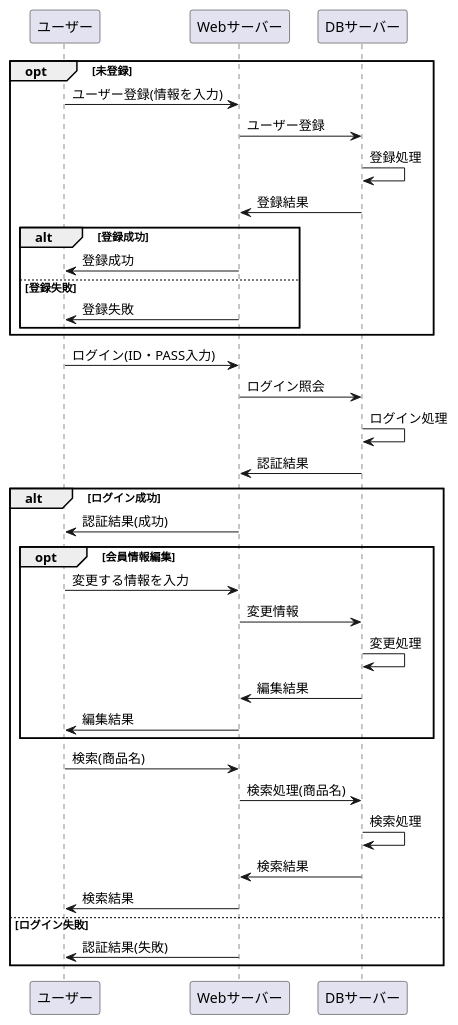
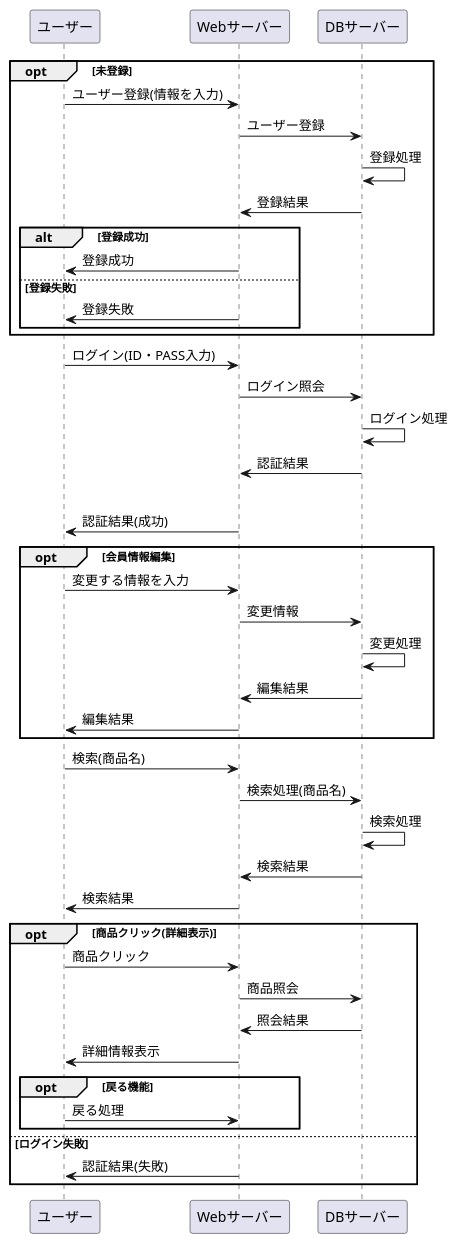
One commit to Aso2001227/Aso-Sports-1 changed the diagram in 設計書/02_業務フロー/business-flow-check.md. Above: the diagram before and after it, drawn with PlantUML.

````diff
--- a/設計書/02_業務フロー/business-flow-check.md
+++ b/設計書/02_業務フロー/business-flow-check.md
@@ -1,47 +1,56 @@
 ```uml
 @startuml
 opt 未登録
 ユーザー -> Webサーバー : ユーザー登録(情報を入力)
 Webサーバー -> DBサーバー : ユーザー登録
 DBサーバー -> DBサーバー : 登録処理
 DBサーバー -> Webサーバー : 登録結果
 
 
 
 
 
 
 
 alt 登録成功
 Webサーバー -> ユーザー : 登録成功
 else 登録失敗
 Webサーバー -> ユーザー : 登録失敗
 end
 end
 
 ユーザー -> Webサーバー : ログイン(ID・PASS入力)
 Webサーバー -> DBサーバー : ログイン照会
 DBサーバー -> DBサーバー : ログイン処理
 DBサーバー -> Webサーバー : 認証結果
 
 alt ログイン成功
 Webサーバー -> ユーザー : 認証結果(成功)
 opt 会員情報編集
 ユーザー -> Webサーバー : 変更する情報を入力
 Webサーバー -> DBサーバー :変更情報
 DBサーバー -> DBサーバー : 変更処理
 DBサーバー -> Webサーバー : 編集結果
 Webサーバー -> ユーザー : 編集結果
 end
 
 ユーザー -> Webサーバー : 検索(商品名)
 Webサーバー -> DBサーバー : 検索処理(商品名)
 DBサーバー -> DBサーバー : 検索処理
 DBサーバー -> Webサーバー : 検索結果
 Webサーバー -> ユーザー : 検索結果
 
+opt 商品クリック(詳細表示)
+ユーザー -> Webサーバー : 商品クリック
+Webサーバー -> DBサーバー : 商品照会
+DBサーバー -> Webサーバー : 照会結果
+Webサーバー -> ユーザー : 詳細情報表示
+opt 戻る機能
+ユーザー -> Webサーバー : 戻る処理
+end
+
 else ログイン失敗
 Webサーバー -> ユーザー : 認証結果(失敗)
 end
 @enduml
 ```
````
